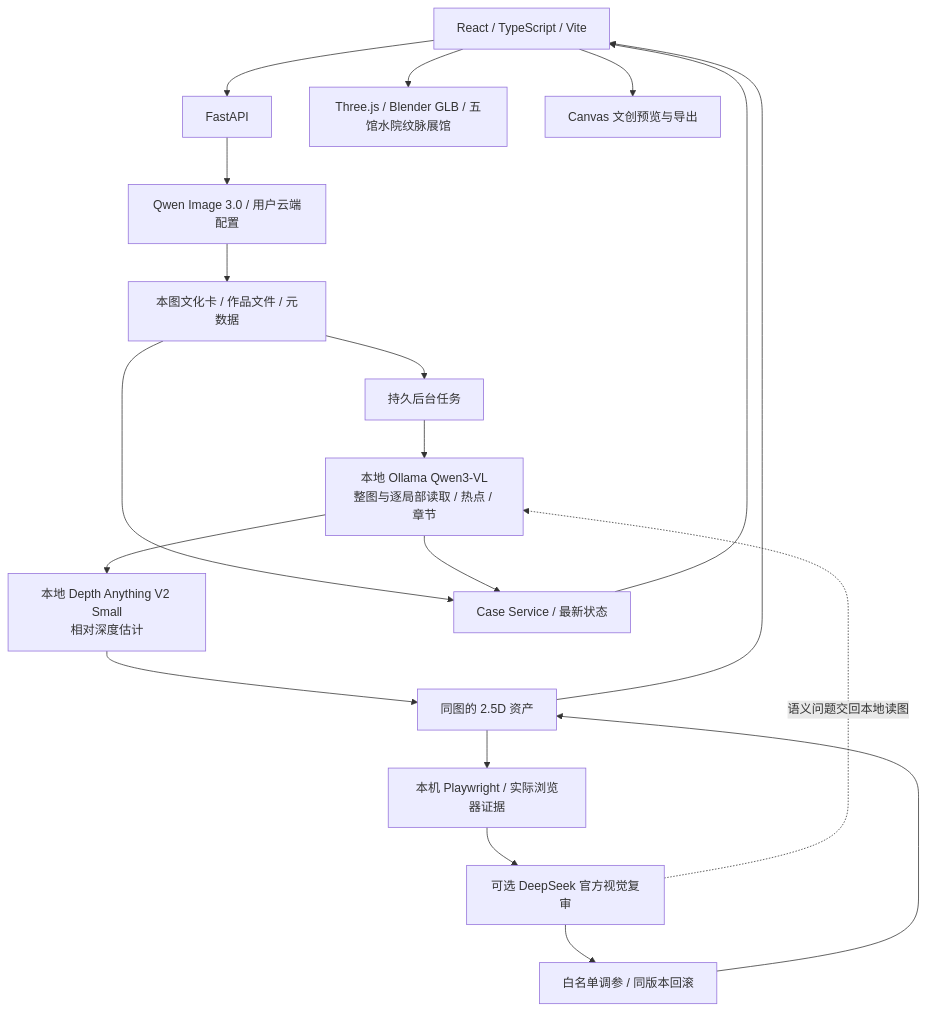
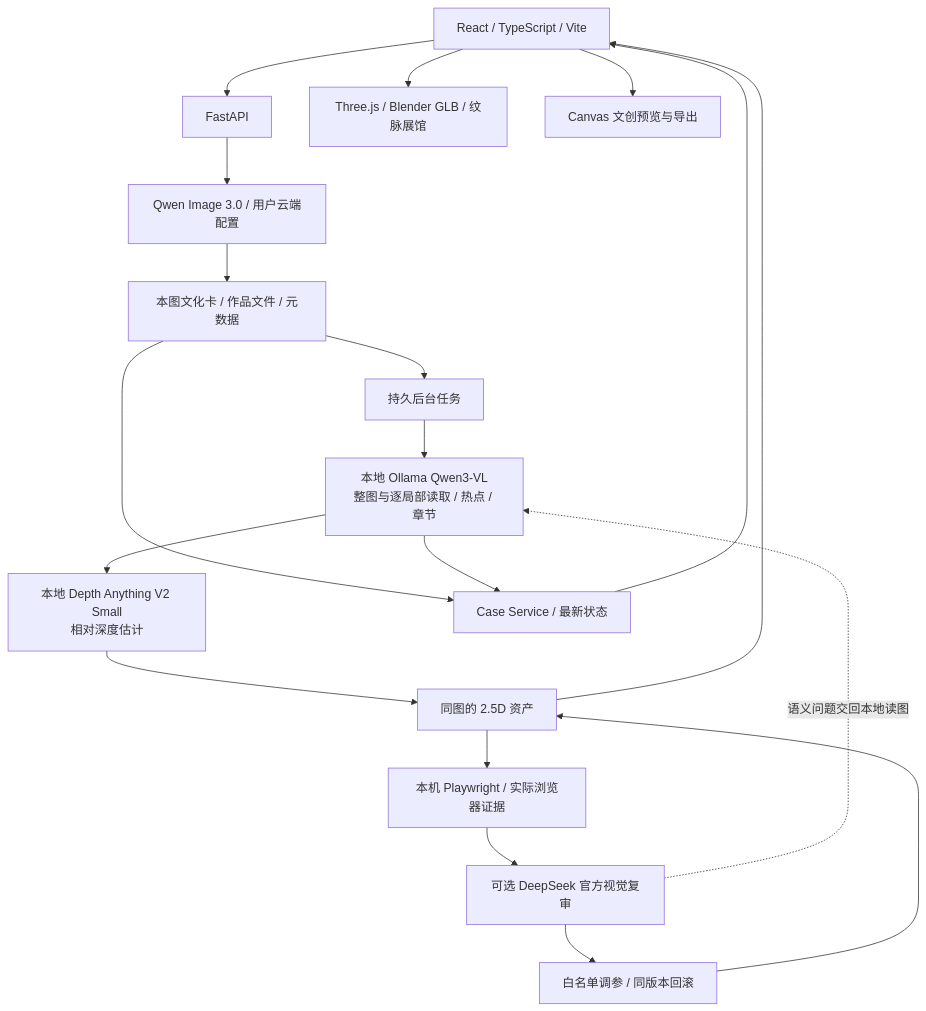
One commit to 3331083641-prog/wenmai-huazhang changed the second of 2 diagrams in README.md. Above: the diagram before and after it, drawn with Mermaid. The commit also changed other lines of this file and 32 other files, not shown here.

````diff
--- a/README.md
+++ b/README.md
@@ -111,21 +109,21 @@
 ```mermaid
 flowchart TD
   UI[React / TypeScript / Vite] --> API[FastAPI]
   API --> GEN[Qwen Image 3.0 / 用户云端配置]
   GEN --> SAVE[本图文化卡 / 作品文件 / 元数据]
   SAVE --> JOB[持久后台任务]
   JOB --> VL[本地 Ollama Qwen3-VL<br/>整图与逐局部读取 / 热点 / 章节]
   VL --> DEPTH[本地 Depth Anything V2 Small<br/>相对深度估计]
   DEPTH --> WORLD[同图的 2.5D 资产]
   WORLD --> CAP[本机 Playwright / 实际浏览器证据]
   CAP --> REVIEW[可选 DeepSeek 官方视觉复审]
   REVIEW --> TUNE[白名单调参 / 同版本回滚]
   TUNE --> WORLD
   REVIEW -. 语义问题交回本地读图 .-> VL
   SAVE --> CASES[Case Service / 最新状态]
   VL --> CASES
   CASES --> UI
   WORLD --> UI
-  UI --> HALL[Three.js / Blender GLB / 五馆水院纹脉展馆]
+  UI --> HALL[Three.js / Blender GLB / 纹脉展馆]
   UI --> PNG[Canvas 文创预览与导出]
 ```
````
